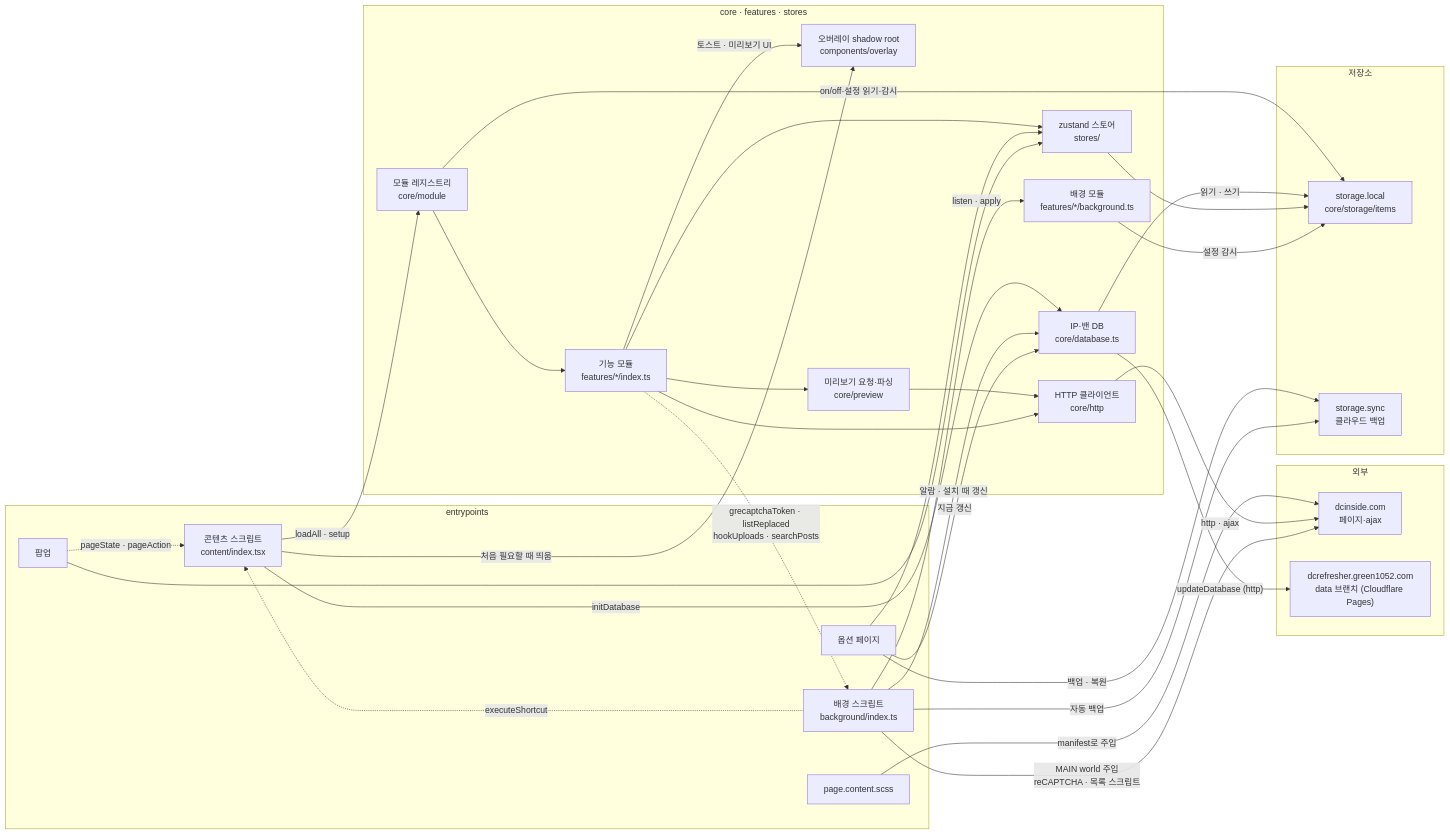
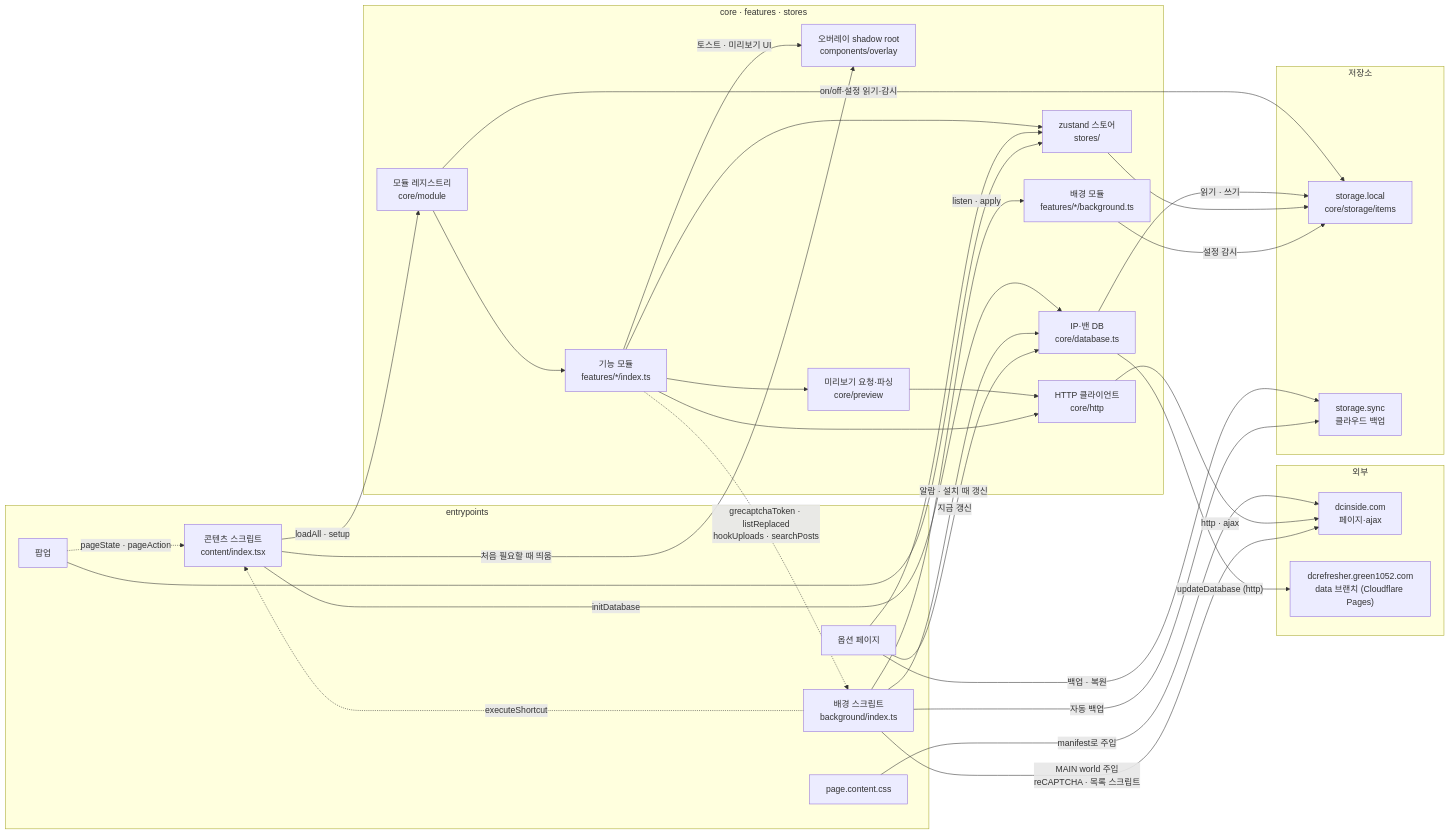
One commit to green1052/DCRefresher-Reborn changed the first of 6 diagrams in docs/DEVELOPMENT.md. Above: the diagram before and after it, drawn with Mermaid. The commit also changed other lines of this file and 36 other files, not shown here.

Commit message:
refactor(styles): replace SCSS with CSS and Tailwind utilities, drop sass

````diff
--- a/docs/DEVELOPMENT.md
+++ b/docs/DEVELOPMENT.md
@@ -114,59 +114,59 @@
 ```mermaid
 flowchart LR
     subgraph EXT["외부"]
         DC["dcinside.com<br>페이지·ajax"]
         GH["dcrefresher.green1052.com<br>data 브랜치 (Cloudflare Pages)"]
     end
 
     subgraph ENTRY["entrypoints"]
         CS["콘텐츠 스크립트<br>content/index.tsx"]
-        PCSS["page.content.scss"]
+        PCSS["page.content.css"]
         BG["배경 스크립트<br>background/index.ts"]
         OPT["옵션 페이지"]
         POP["팝업"]
     end
 
     subgraph CORE["core · features · stores"]
         REG["모듈 레지스트리<br>core/module"]
         FEAT["기능 모듈<br>features/*/index.ts"]
         BGM["배경 모듈<br>features/*/background.ts"]
         OV["오버레이 shadow root<br>components/overlay"]
         PREV["미리보기 요청·파싱<br>core/preview"]
         HTTP["HTTP 클라이언트<br>core/http"]
         DB["IP·밴 DB<br>core/database.ts"]
         ST["zustand 스토어<br>stores/"]
     end
 
     subgraph STORE["저장소"]
         LOCAL["storage.local<br>core/storage/items"]
         SYNC["storage.sync<br>클라우드 백업"]
     end
 
     PCSS -->|"manifest로 주입"| DC
     CS -->|"loadAll · setup"| REG
     REG --> FEAT
     REG -->|"on/off·설정 읽기·감시"| LOCAL
     CS -->|"처음 필요할 때 띄움"| OV
     FEAT -->|"토스트 · 미리보기 UI"| OV
     FEAT --> PREV
     PREV --> HTTP
     FEAT --> HTTP
     HTTP -->|"http · ajax"| DC
     CS -->|"initDatabase"| DB
     BG -->|"알람 · 설치 때 갱신"| DB
     OPT -->|"지금 갱신"| DB
     DB -->|"updateDatabase (http)"| GH
     DB -->|"읽기 · 쓰기"| LOCAL
     FEAT --> ST
     OPT --> ST
     POP --> ST
     ST --> LOCAL
     OPT -->|"백업 · 복원"| SYNC
     BG -->|"자동 백업"| SYNC
     BG -->|"listen · apply"| BGM
     BGM -->|"설정 감시"| LOCAL
     BG -->|"MAIN world 주입<br>reCAPTCHA · 목록 스크립트"| DC
     BG -.->|"executeShortcut"| CS
     FEAT -.->|"grecaptchaToken · listReplaced<br>hookUploads · searchPosts"| BG
     POP -.->|"pageState · pageAction"| CS
 ```
````
